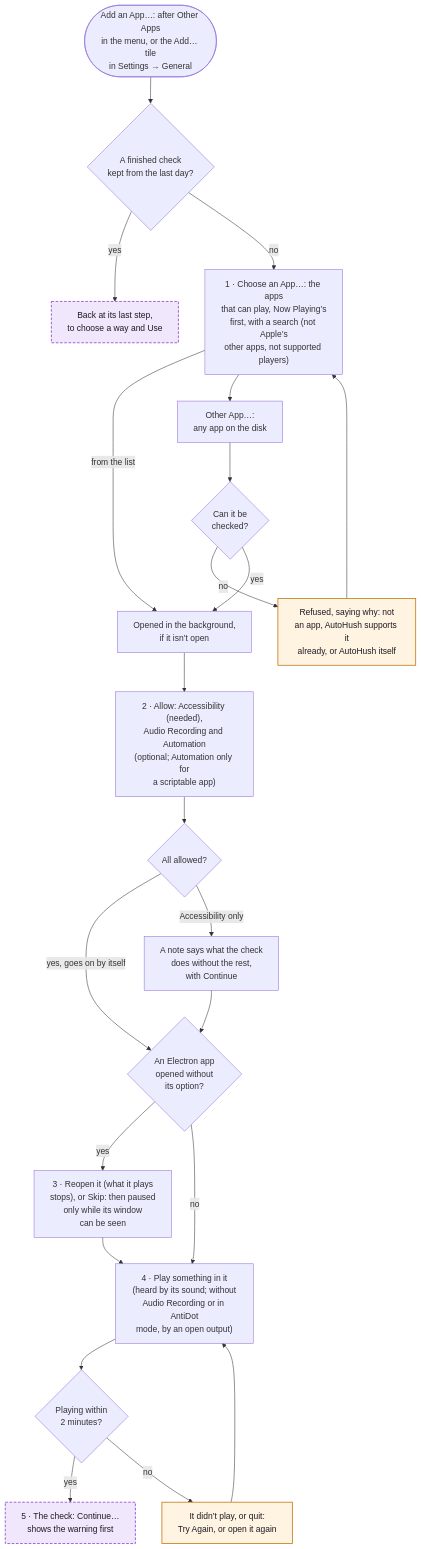
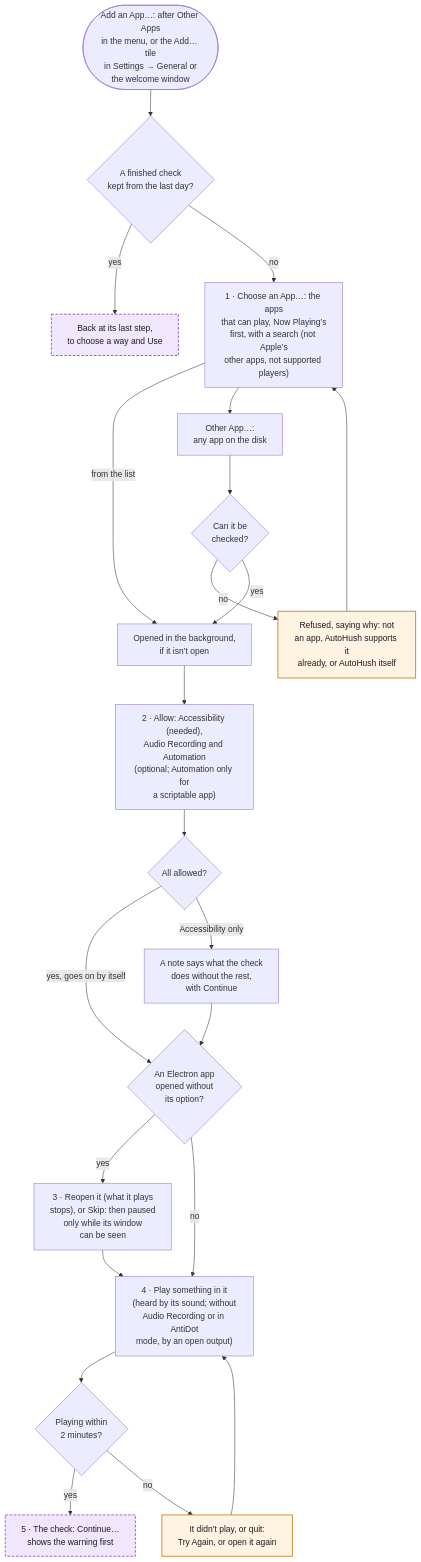
Before and after one commit to hfustercabre/AutoHush: the ninth of 14 diagrams in WORKFLOWS.md, drawn with Mermaid. The commit also changed 296 other files, not shown here.

````diff
--- a/WORKFLOWS.md
+++ b/WORKFLOWS.md
@@ -443,41 +443,41 @@
 ```mermaid
 flowchart TD
-  ST(["Add an App…: after Other Apps<br/>in the menu, or the Add… tile<br/>in Settings → General"])
+  ST(["Add an App…: after Other Apps<br/>in the menu, or the Add… tile<br/>in Settings → General or<br/>the welcome window"])
   KEPT{"A finished check<br/>kept from the last day?"}
   RES["Back at its last step,<br/>to choose a way and Use"]
   CHO["1 · Choose an App…: the apps<br/>that can play, Now Playing’s<br/>first, with a search (not Apple’s<br/>other apps, not supported players)"]
   OTH["Other App…:<br/>any app on the disk"]
   OK{"Can it be<br/>checked?"}
   NO["Refused, saying why: not<br/>an app, AutoHush supports it<br/>already, or AutoHush itself"]
   OPEN["Opened in the background,<br/>if it isn’t open"]
   ALW["2 · Allow: Accessibility (needed),<br/>Audio Recording and Automation<br/>(optional; Automation only for<br/>a scriptable app)"]
   ALL{"All allowed?"}
   WARN["A note says what the check<br/>does without the rest,<br/>with Continue"]
   NEED{"An Electron app<br/>opened without<br/>its option?"}
   REO["3 · Reopen it (what it plays<br/>stops), or Skip: then paused<br/>only while its window<br/>can be seen"]
   PLAY["4 · Play something in it<br/>(heard by its sound; without<br/>Audio Recording or in AntiDot<br/>mode, by an open output)"]
   PL{"Playing within<br/>2 minutes?"}
   NOPL["It didn’t play, or quit:<br/>Try Again, or open it again"]
   CHK["5 · The check: Continue…<br/>shows the warning first"]
 
   ST --> KEPT
   KEPT -->|"yes"| RES
   KEPT -->|"no"| CHO
   CHO -->|"from the list"| OPEN
   CHO --> OTH --> OK
   OK -->|"no"| NO --> CHO
   OK -->|"yes"| OPEN
   OPEN --> ALW --> ALL
   ALL -->|"yes, goes on by itself"| NEED
   ALL -->|"Accessibility only"| WARN --> NEED
   NEED -->|"yes"| REO --> PLAY
   NEED -->|"no"| PLAY
   PLAY --> PL
   PL -->|"yes"| CHK
   PL -->|"no"| NOPL --> PLAY
 
   class CHK,RES ref
   class NO,NOPL warn
   classDef ref fill:#f1e7fc,stroke:#8a3fd1,stroke-width:1.5px,stroke-dasharray: 5 3,color:#1d1b22
   classDef warn fill:#fff3e2,stroke:#c47812,stroke-width:1.5px,color:#1d1b22
 ```
````
